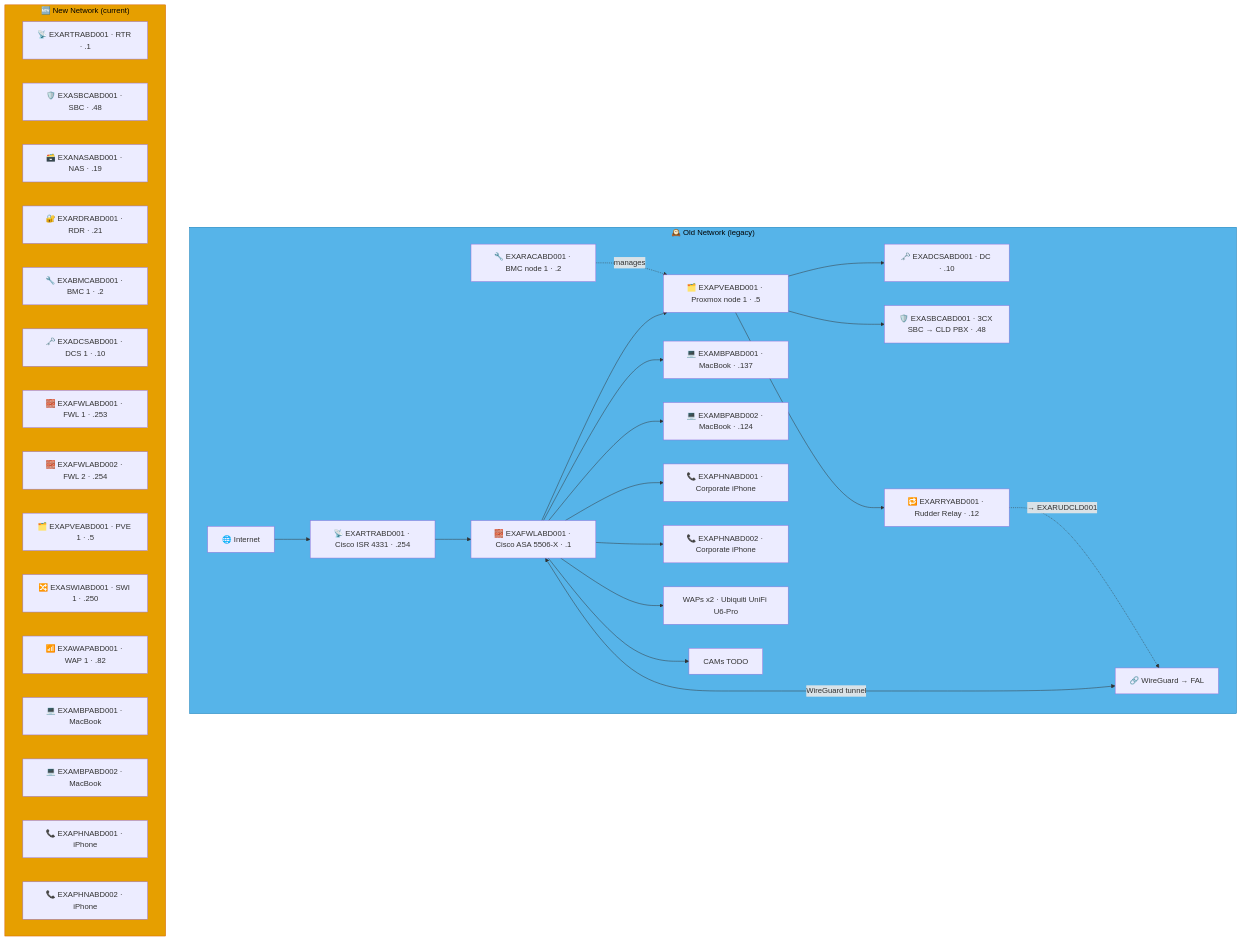
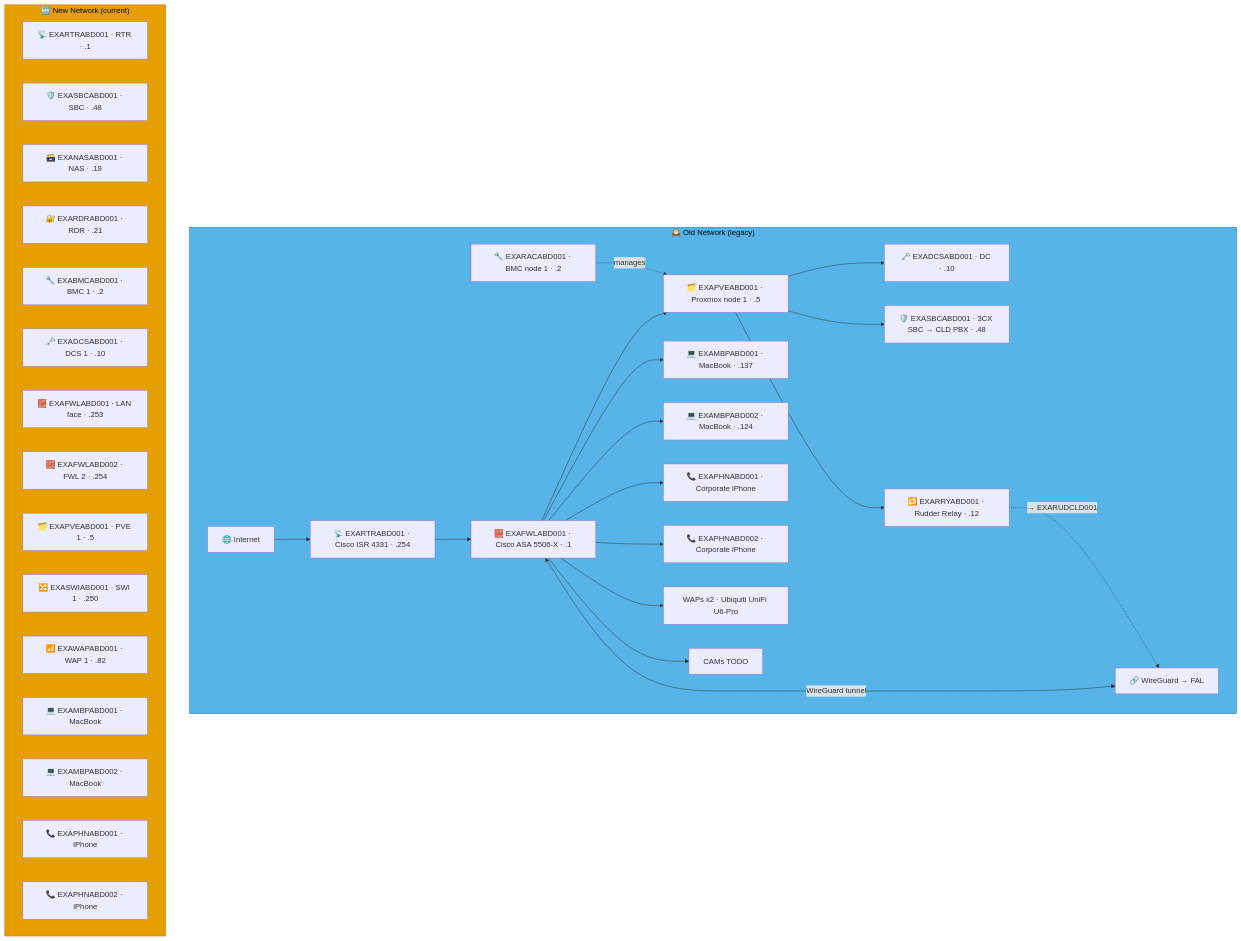
One commit to knightmare2600/example_music_infra changed the seventh of 7 diagrams in docs/network-diagram/scotland.md. Above: the diagram before and after it, drawn with Mermaid. The commit also changed other lines of this file and 17 other files, not shown here.

````diff
--- a/docs/network-diagram/scotland.md
+++ b/docs/network-diagram/scotland.md
@@ -483,50 +483,50 @@
 ```mermaid
 graph TD
     subgraph OLD_ABD ["🕰️ Old Network (legacy)"]
       INET["🌐 Internet"]
       FWL["🧱 EXAFWLABD001 · Cisco ASA 5506-X · .1"]
       RTR["📡 EXARTRABD001 · Cisco ISR 4331 · .254"]
       RAC["🔧 EXARACABD001 · BMC node 1 · .2"]
       PVE["🗂️ EXAPVEABD001 · Proxmox node 1 · .5"]
       DC["🗝️ EXADCSABD001 · DC · .10"]
       SBC["🛡️ EXASBCABD001 · 3CX SBC → CLD PBX · .48"]
       RRY["🔁 EXARRYABD001 · Rudder Relay · .12"]
       MBP1["💻 EXAMBPABD001 · MacBook · .137"]
       MBP2["💻 EXAMBPABD002 · MacBook · .124"]
       PHN1["📞 EXAPHNABD001 · Corporate iPhone"]
       PHN2["📞 EXAPHNABD002 · Corporate iPhone"]
       WAP["WAPs x2 · Ubiquiti UniFi U6-Pro"]
       CAM["CAMs TODO"]
       VPN["🔗 WireGuard → FAL"]
 
       INET --> RTR --> FWL --> PVE
       PVE --> DC & SBC
       RAC -.->|"manages"| PVE
       FWL --> MBP1 & MBP2 & PHN1 & PHN2 & WAP & CAM
       FWL <-->|"WireGuard tunnel"| VPN
 
       PVE --> RRY
       RRY -. "→ EXARUDCLD001" .-> VPN
     end
     style OLD_ABD fill:#56B4E9,stroke:#0072B2,color:#000000
     %% GENERATED:NEW-NETWORK:ABD:START
     subgraph NEW_ABD ["🆕 New Network (current)"]
       N_RTR["📡 EXARTRABD001 · RTR · .1"]
       N_SBC["🛡️ EXASBCABD001 · SBC · .48"]
       N_NAS["🗃️ EXANASABD001 · NAS · .19"]
       N_RDR["🔐 EXARDRABD001 · RDR · .21"]
       N_BMC["🔧 EXABMCABD001 · BMC 1 · .2"]
       N_DCS["🗝️ EXADCSABD001 · DCS 1 · .10"]
-      N_FWL["🧱 EXAFWLABD001 · FWL 1 · .253"]
+      N_FWL["🧱 EXAFWLABD001 · LAN face · .253"]
       N_FWL2["🧱 EXAFWLABD002 · FWL 2 · .254"]
       N_PVE["🗂️ EXAPVEABD001 · PVE 1 · .5"]
       N_SWI["🔀 EXASWIABD001 · SWI 1 · .250"]
       N_WAP["📶 EXAWAPABD001 · WAP 1 · .82"]
       N_MBP["💻 EXAMBPABD001 · MacBook"]
       N_MBP2["💻 EXAMBPABD002 · MacBook"]
       N_PHN["📞 EXAPHNABD001 · iPhone"]
       N_PHN2["📞 EXAPHNABD002 · iPhone"]
     end
     style NEW_ABD fill:#E69F00,stroke:#D55E00,color:#000000
     %% GENERATED:NEW-NETWORK:ABD:END
 ```
````
